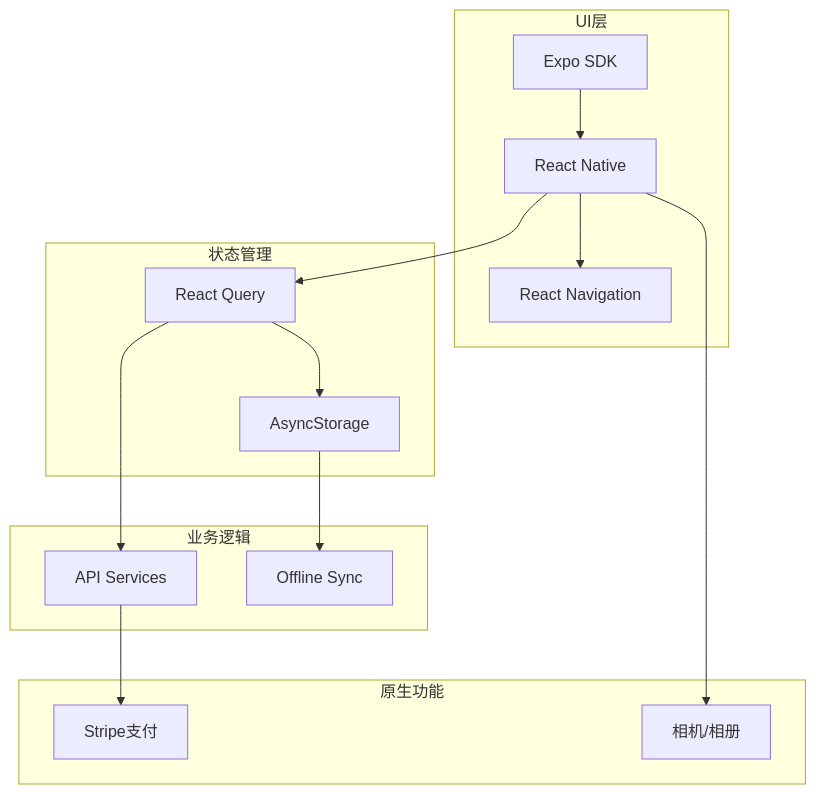
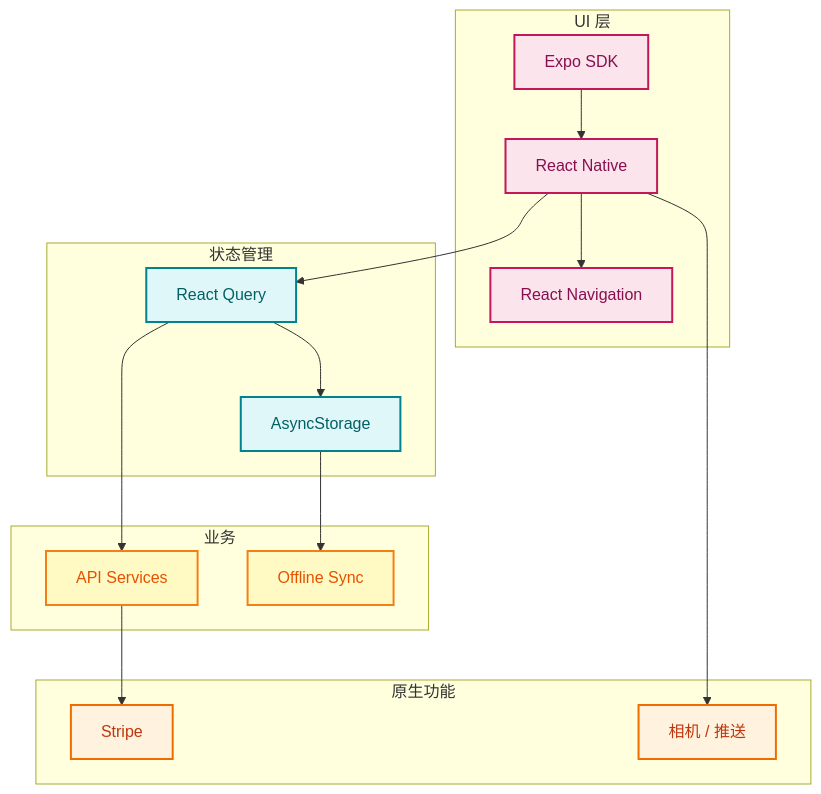
The third of 13 diagrams in docs/claude/ClaudeCode实战指南.md (microwind/ai-skills), drawn with Mermaid before and after one commit. The commit also changed other lines of this file and 32 other files, not shown here.

````diff
--- a/docs/claude/ClaudeCode实战指南.md
+++ b/docs/claude/ClaudeCode实战指南.md
@@ -109,28 +246,37 @@
 ```mermaid
 graph TB
-    subgraph "UI层"
+    subgraph UI ["UI 层"]
         A[React Native]
         B[Expo SDK]
         C[React Navigation]
     end
-    subgraph "状态管理"
+    subgraph State ["状态管理"]
         D[React Query]
         E[AsyncStorage]
     end
-    subgraph "业务逻辑"
+    subgraph Logic ["业务"]
         F[API Services]
         G[Offline Sync]
     end
-    subgraph "原生功能"
-        H[Stripe支付]
-        I[相机/相册]
+    subgraph Native ["原生功能"]
+        H[Stripe]
+        I[相机 / 推送]
     end
     A --> C
     A --> D
     D --> F
     D --> E
     E --> G
     F --> H
     A --> I
     B --> A
+
+    classDef ui fill:#fce4ec,stroke:#c2185b,stroke-width:2px,color:#880e4f;
+    classDef st fill:#e0f7fa,stroke:#00838f,stroke-width:2px,color:#006064;
+    classDef lg fill:#fff9c4,stroke:#f57f17,stroke-width:2px,color:#e65100;
+    classDef na fill:#fff3e0,stroke:#ef6c00,stroke-width:2px,color:#bf360c;
+    class A,B,C ui;
+    class D,E st;
+    class F,G lg;
+    class H,I na;
 ```
````
